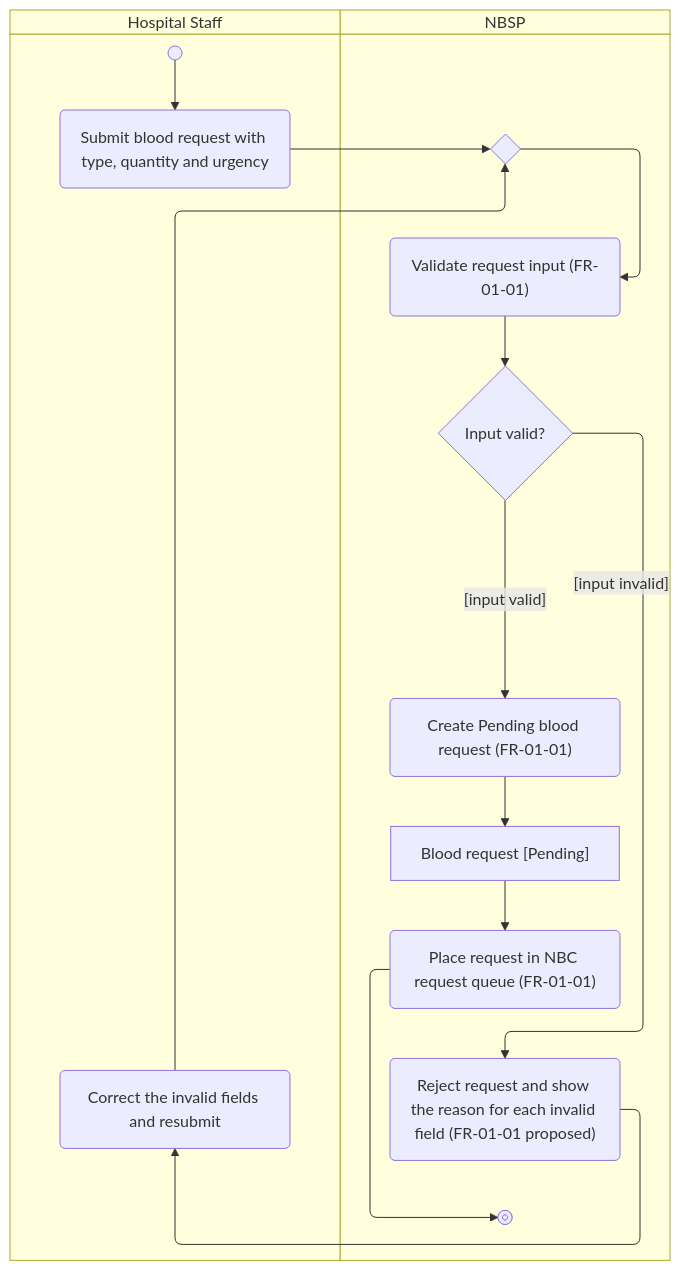
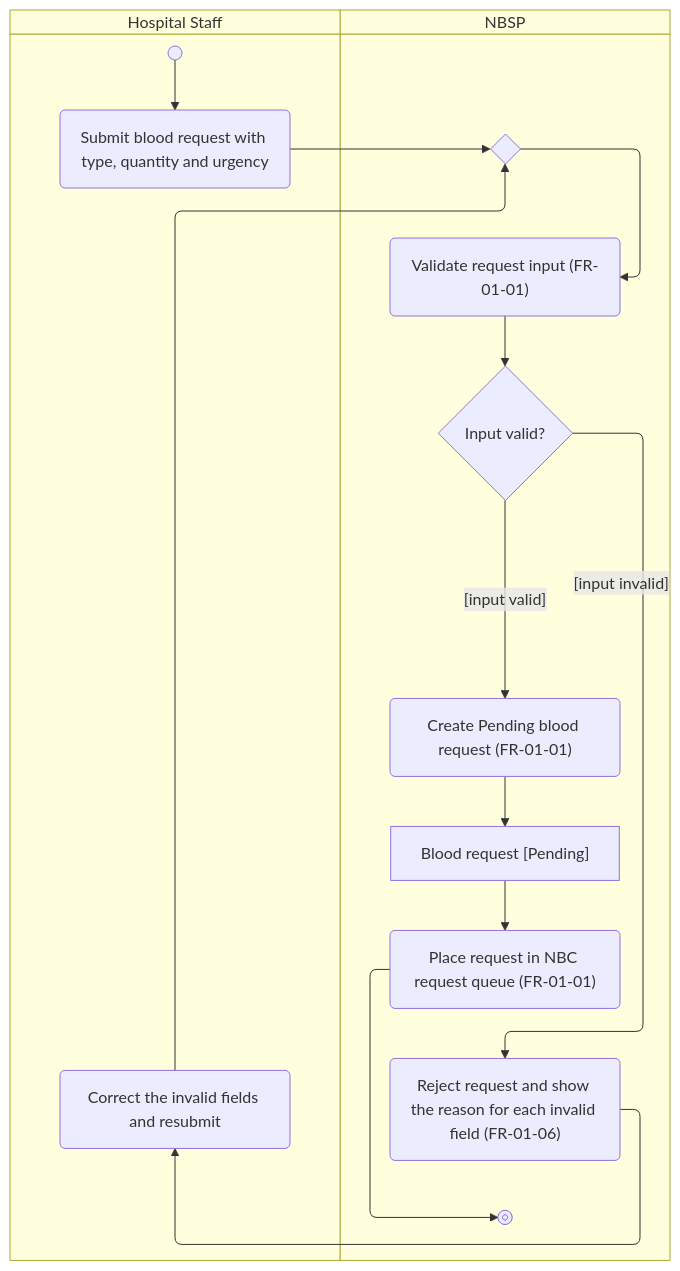
Before and after one commit to Nhan2772/DBIZ2-GROUPC-NationalBloodSupplyPlatform: the diagram in activity/AD-UC-01.md, drawn with Mermaid. The commit also changed other lines of this file and 7 other files, not shown here.

````diff
--- a/activity/AD-UC-01.md
+++ b/activity/AD-UC-01.md
@@ -22,21 +22,21 @@
 ```mermaid
 swimlane-beta TB
   subgraph HS["Hospital Staff"]
     start@{ shape: sm-circ }
     a1("Submit blood request with type, quantity and urgency")
     a2("Correct the invalid fields and resubmit")
   end
   subgraph SYS["NBSP"]
     m1{" "}
     s1("Validate request input (FR-01-01)")
     d1{"Input valid?"}
-    s4("Reject request and show the reason for each invalid field (FR-01-01 proposed)")
+    s4("Reject request and show the reason for each invalid field (FR-01-06)")
     s2("Create Pending blood request (FR-01-01)")
     o1["Blood request [Pending]"]
     s3("Place request in NBC request queue (FR-01-01)")
     stop1@{ shape: fr-circ }
   end
   start --> a1 --> m1 --> s1 --> d1
   d1 -->|"[input valid]"| s2 --> o1 --> s3 --> stop1
   d1 -->|"[input invalid]"| s4 --> a2 --> m1
 ```
````
